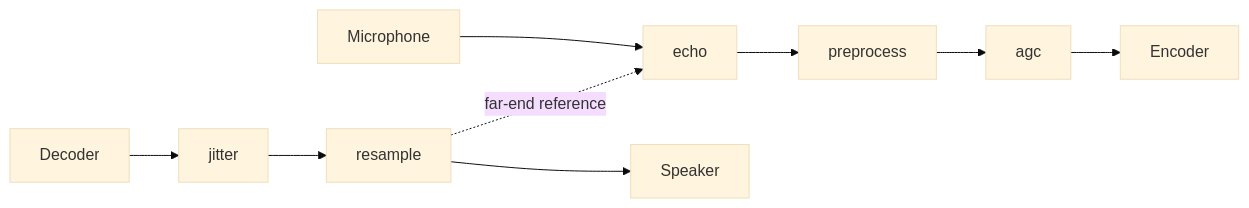
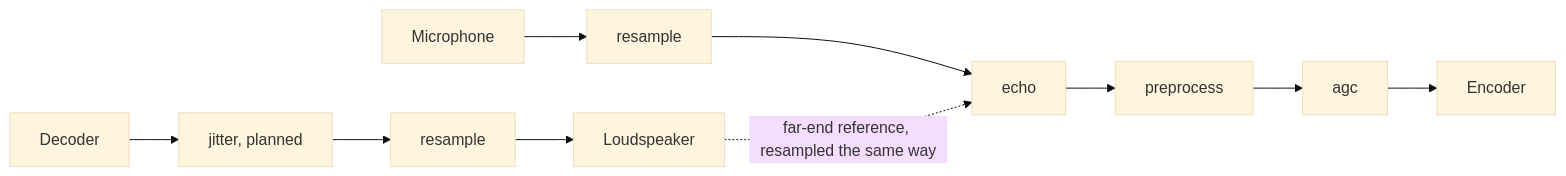
One commit to danieldonoghue/govoip-dsp changed the diagram in docs/architecture.md. Above: the diagram before and after it, drawn with Mermaid (base theme). The commit also changed other lines of this file, not shown here.

First line of the commit message:
docs: bring the architecture overview in line with the guide

````diff
--- a/docs/architecture.md
+++ b/docs/architecture.md
@@ -33,6 +38,6 @@
 ```mermaid
 flowchart LR
-  mic[Microphone] --> echo[echo] --> pre[preprocess] --> agc[agc] --> enc[Encoder]
-  dec[Decoder] --> jit[jitter] --> rs[resample] --> spk[Speaker]
-  rs -. far-end reference .-> echo
+  mic[Microphone] --> mrs[resample] --> echo[echo] --> pre[preprocess] --> agc[agc] --> enc[Encoder]
+  dec[Decoder] --> jit[jitter, planned] --> rs[resample] --> spk[Loudspeaker]
+  spk -. far-end reference, resampled the same way .-> echo
 ```
````
